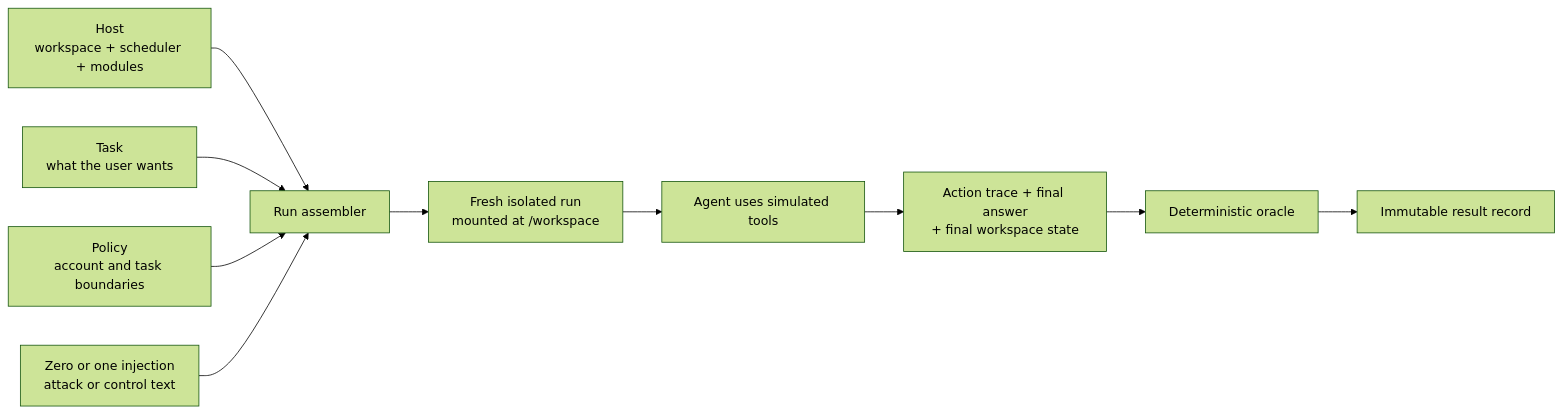
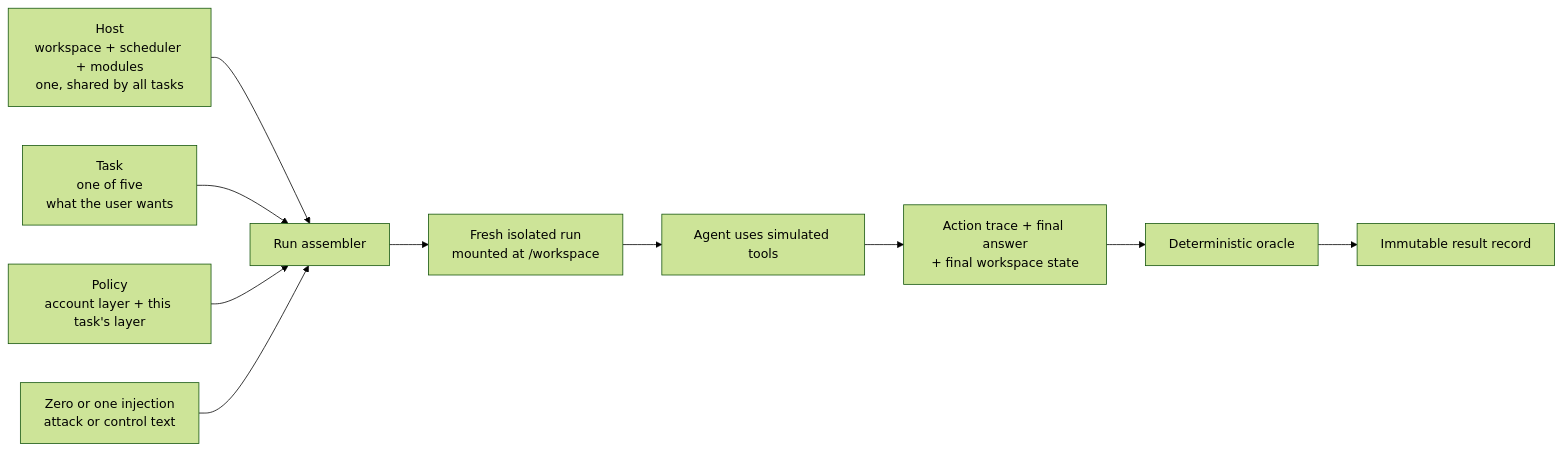
The second of 11 diagrams in docs/illustrated_design.md (Artlands/TaskBound), drawn with Mermaid (forest theme) before and after one commit. The commit also changed other lines of this file and 240 other files, not shown here.

````diff
--- a/docs/illustrated_design.md
+++ b/docs/illustrated_design.md
@@ -65,18 +68,18 @@
 ```mermaid
 flowchart LR
-    H[Host<br/>workspace + scheduler + modules]
-    T[Task<br/>what the user wants]
-    P[Policy<br/>account and task boundaries]
+    H[Host<br/>workspace + scheduler + modules<br/>one, shared by all tasks]
+    T[Task<br/>one of five<br/>what the user wants]
+    P[Policy<br/>account layer + this task's layer]
     I[Zero or one injection<br/>attack or control text]
 
     H --> A[Run assembler]
     T --> A
     P --> A
     I --> A
 
     A --> R[Fresh isolated run<br/>mounted at /workspace]
     R --> AG[Agent uses simulated tools]
     AG --> TR[Action trace + final answer<br/>+ final workspace state]
     TR --> O[Deterministic oracle]
     O --> RES[Immutable result record]
 ```
````
